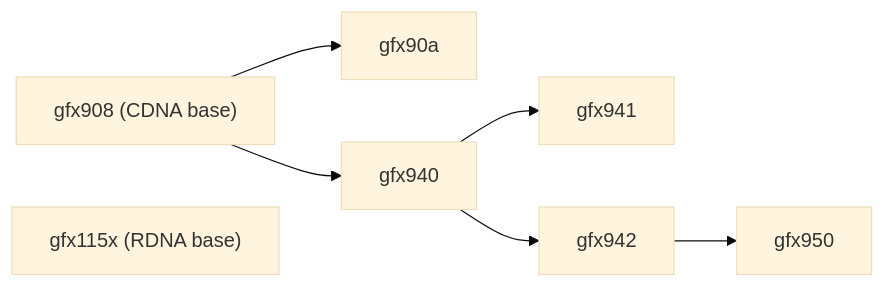
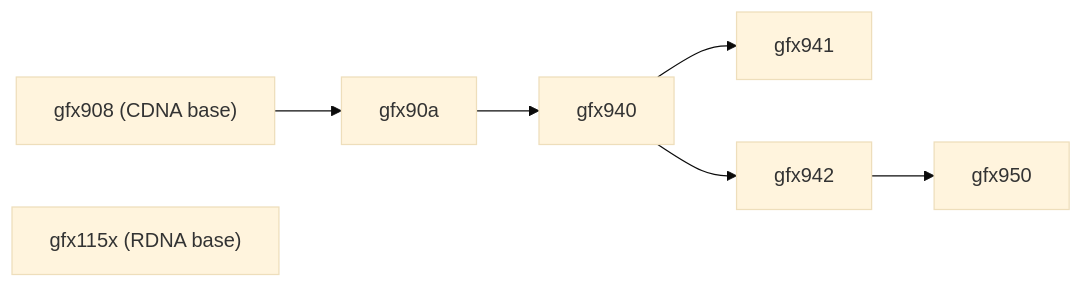
One commit to ROCm/rocm-systems changed the third of 5 diagrams in projects/rocprofiler-compute/docs/design/analysis-config-redesign/hld-analysis-config-redesign.md. Above: the diagram before and after it, drawn with Mermaid (base theme). The commit also changed other lines of this file and 1 other file, not shown here.

````diff
--- a/projects/rocprofiler-compute/docs/design/analysis-config-redesign/hld-analysis-config-redesign.md
+++ b/projects/rocprofiler-compute/docs/design/analysis-config-redesign/hld-analysis-config-redesign.md
@@ -283,11 +284,11 @@
 ```mermaid
 flowchart LR
     gfx908["gfx908 (CDNA base)"]
     gfx115x["gfx115x (RDNA base)"]
 
     gfx908 --> gfx90a
-    gfx908 --> gfx940
+    gfx90a --> gfx940
     gfx940 --> gfx941
     gfx940 --> gfx942
     gfx942 --> gfx950
 ```
````
